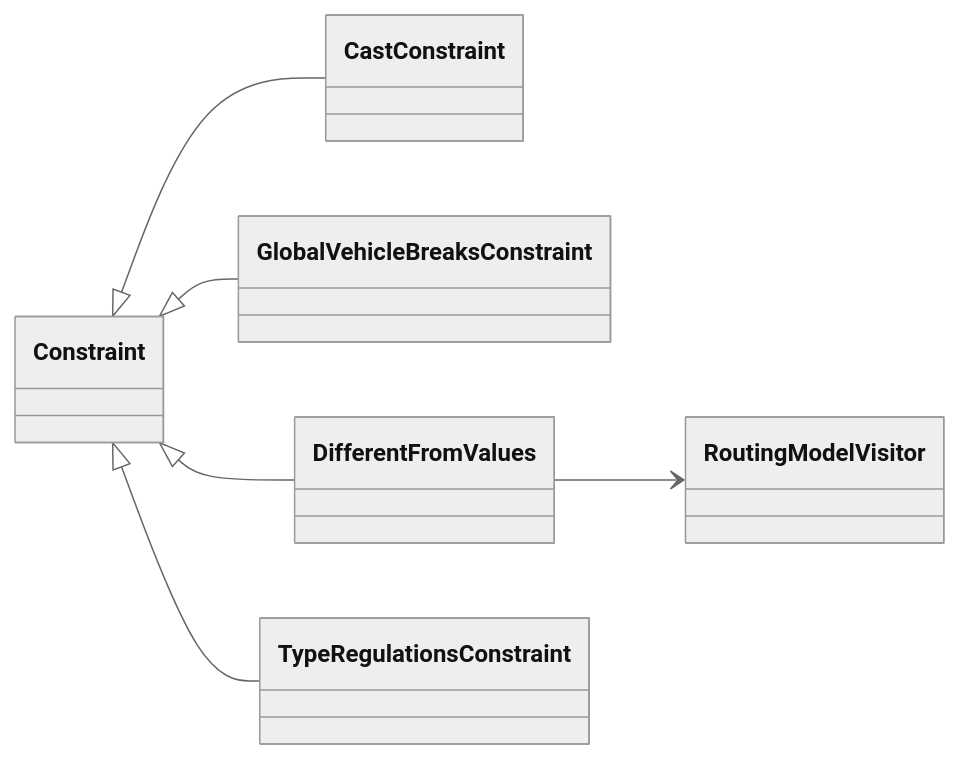
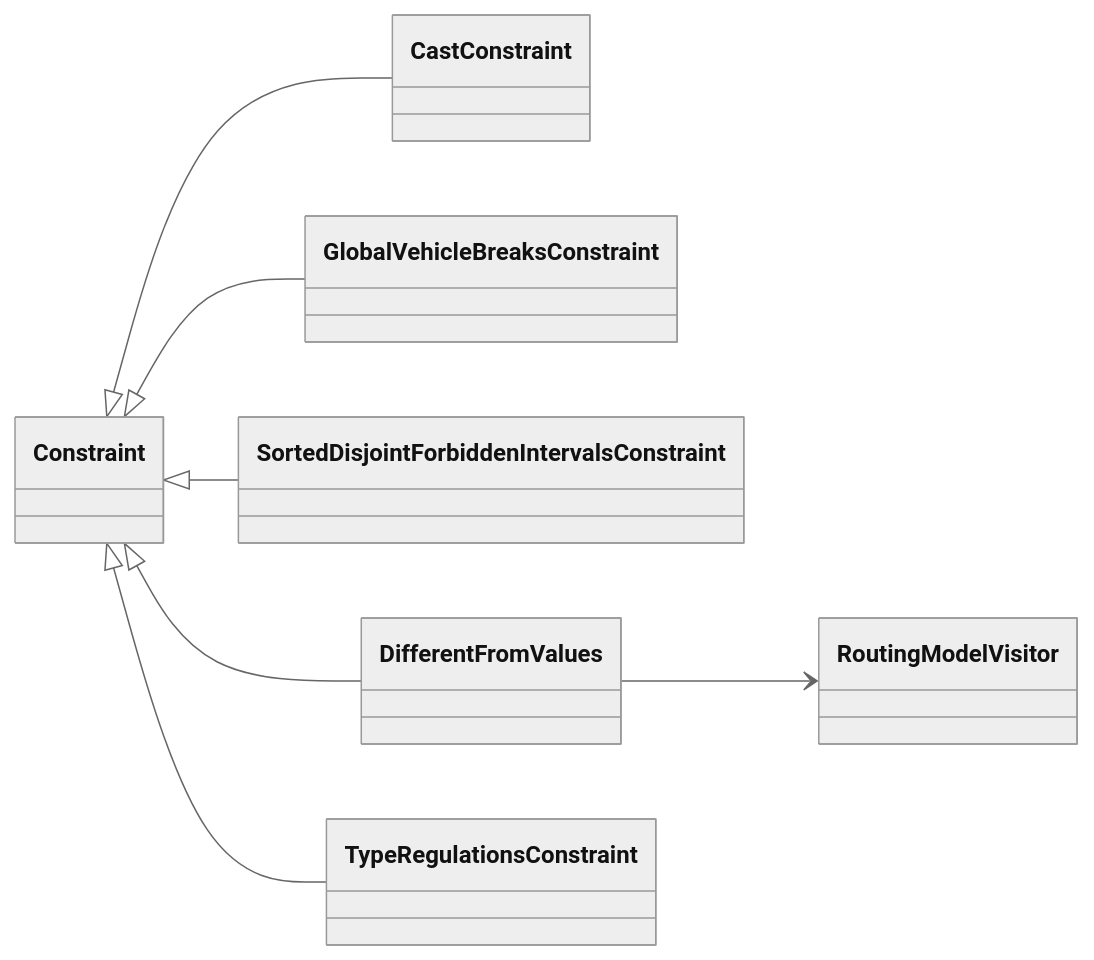
The diagram in input/constraint/index.md (prometheusalpha/or-tools-architecture), drawn with Mermaid (neutral theme) before and after one commit. The commit also changed 5 other files, not shown here.

````diff
--- a/input/constraint/index.md
+++ b/input/constraint/index.md
@@ -4,9 +4,10 @@
 ```mermaid
 classDiagram
   direction LR
   Constraint <|-- CastConstraint
   Constraint <|-- GlobalVehicleBreaksConstraint
+  Constraint <|-- SortedDisjointForbiddenIntervalsConstraint
   Constraint <|-- DifferentFromValues
   Constraint <|-- TypeRegulationsConstraint
   DifferentFromValues --> RoutingModelVisitor
 ```
````
